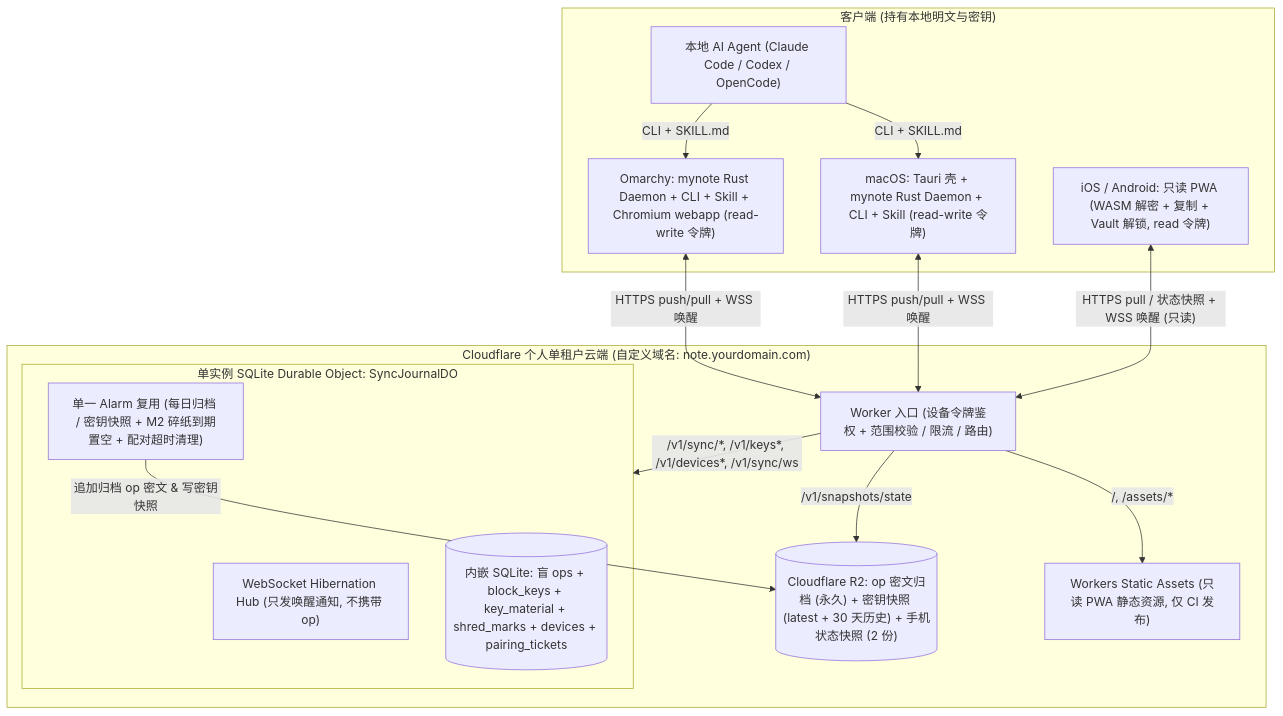
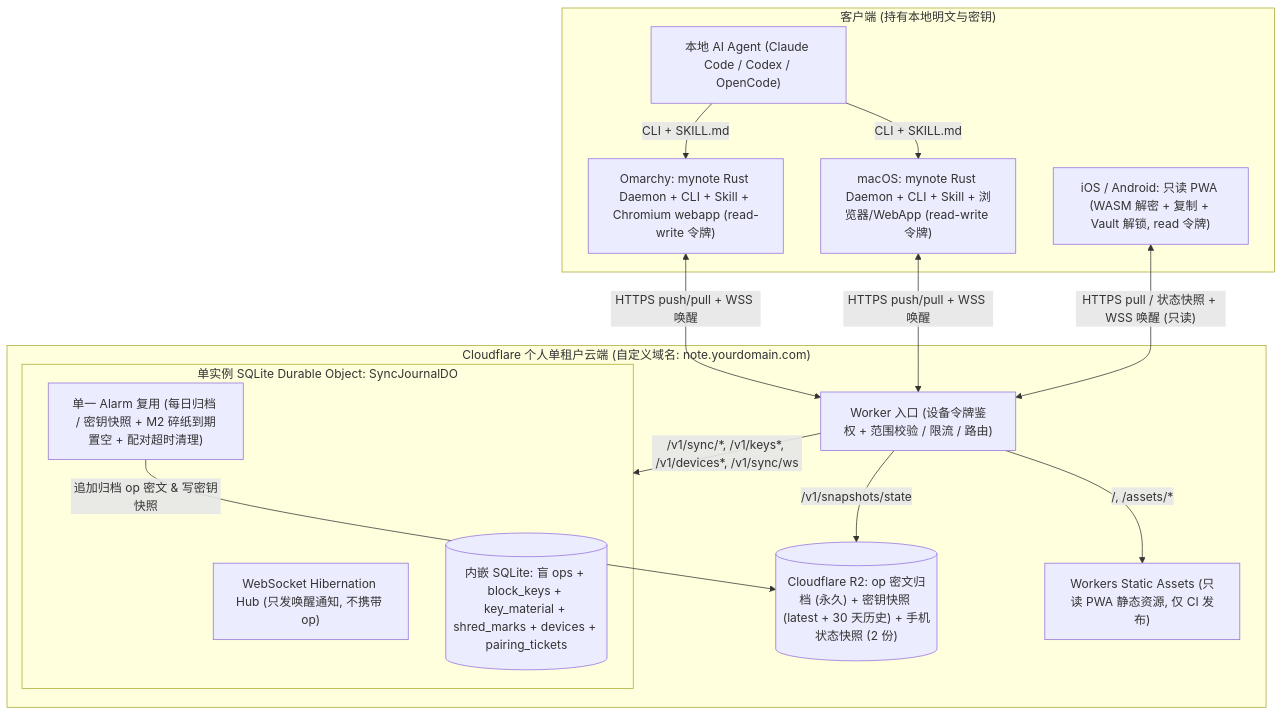
One commit to gray0128/my-note changed the diagram in docs/cloudflare-cloud-architecture.md. Above: the diagram before and after it, drawn with Mermaid. The commit also changed other lines of this file and 76 other files, not shown here.

````diff
--- a/docs/cloudflare-cloud-architecture.md
+++ b/docs/cloudflare-cloud-architecture.md
@@ -66,33 +66,33 @@
 ```mermaid
 flowchart TD
     subgraph Clients["客户端 (持有本地明文与密钥)"]
-        Mac["macOS: Tauri 壳 + mynote Rust Daemon + CLI + Skill (read-write 令牌)"]
+        Mac["macOS: mynote Rust Daemon + CLI + Skill + 浏览器/WebApp (read-write 令牌)"]
         Linux["Omarchy: mynote Rust Daemon + CLI + Skill + Chromium webapp (read-write 令牌)"]
         Phone["iOS / Android: 只读 PWA (WASM 解密 + 复制 + Vault 解锁, read 令牌)"]
         Agent["本地 AI Agent (Claude Code / Codex / OpenCode)"]
         Agent -->|"CLI + SKILL.md"| Mac
         Agent -->|"CLI + SKILL.md"| Linux
     end
 
     subgraph CF["Cloudflare 个人单租户云端 (自定义域名: note.yourdomain.com)"]
         Edge["Worker 入口 (设备令牌鉴权 + 范围校验 / 限流 / 路由)"]
         Assets["Workers Static Assets (只读 PWA 静态资源, 仅 CI 发布)"]
 
         subgraph DO_Box["单实例 SQLite Durable Object: SyncJournalDO"]
             WS["WebSocket Hibernation Hub (只发唤醒通知, 不携带 op)"]
             SQL[("内嵌 SQLite: 盲 ops + block_keys + key_material + shred_marks + devices + pairing_tickets")]
             Alarm["单一 Alarm 复用 (每日归档 / 密钥快照 + M2 碎纸到期置空 + 配对超时清理)"]
         end
 
         R2[("Cloudflare R2: op 密文归档 (永久) + 密钥快照 (latest + 30 天历史) + 手机状态快照 (2 份)")]
 
         Edge -->|"/, /assets/*"| Assets
         Edge -->|"/v1/sync/*, /v1/keys*, /v1/devices*, /v1/sync/ws"| DO_Box
         Edge -->|"/v1/snapshots/state"| R2
         Alarm -->|"追加归档 op 密文 & 写密钥快照"| R2
     end
 
     Mac <-->|"HTTPS push/pull + WSS 唤醒"| Edge
     Linux <-->|"HTTPS push/pull + WSS 唤醒"| Edge
     Phone <-->|"HTTPS pull / 状态快照 + WSS 唤醒 (只读)"| Edge
 ```
````
